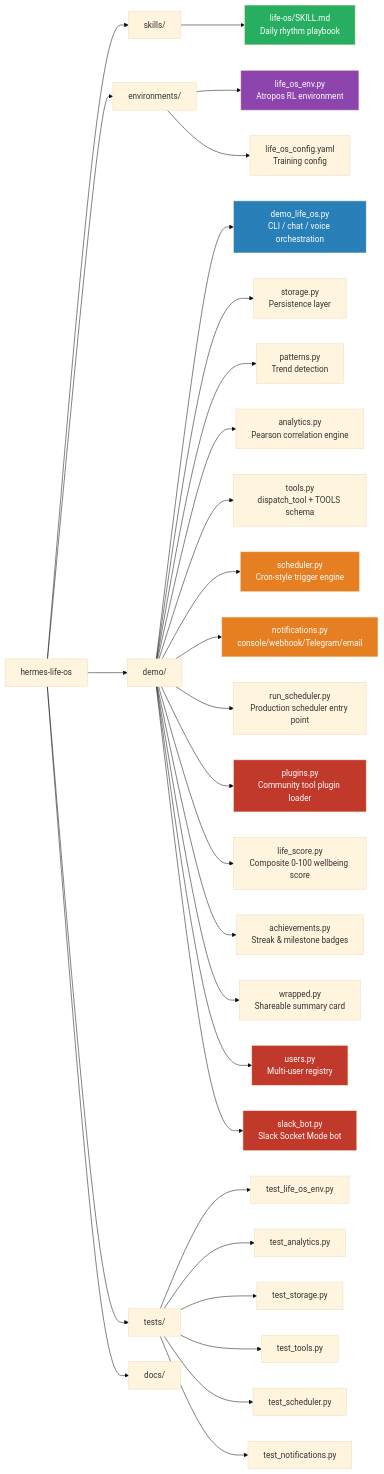
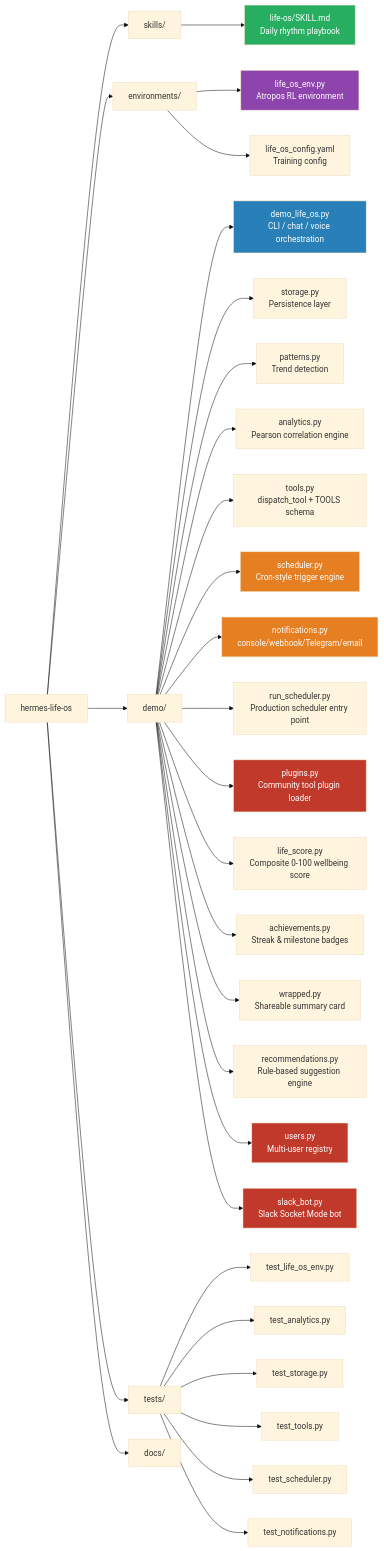
Before and after one commit to Lethe044/hermes-life-os: the third of 3 diagrams in README.md, drawn with Mermaid (base theme). The commit also changed other lines of this file and 10 other files, not shown here.

````diff
--- a/README.md
+++ b/README.md
@@ -303,41 +305,42 @@
 ```mermaid
 graph LR
     A[hermes-life-os] --> B[skills/]
     A --> C[environments/]
     A --> D[demo/]
     A --> E[tests/]
     A --> F[docs/]
 
     B --> B1[life-os/SKILL.md<br/>Daily rhythm playbook]
     C --> C1[life_os_env.py<br/>Atropos RL environment]
     C --> C2[life_os_config.yaml<br/>Training config]
     D --> D1[demo_life_os.py<br/>CLI / chat / voice orchestration]
     D --> D2[storage.py<br/>Persistence layer]
     D --> D3[patterns.py<br/>Trend detection]
     D --> D4[analytics.py<br/>Pearson correlation engine]
     D --> D5[tools.py<br/>dispatch_tool + TOOLS schema]
     D --> D6[scheduler.py<br/>Cron-style trigger engine]
     D --> D7[notifications.py<br/>console/webhook/Telegram/email]
     D --> D8[run_scheduler.py<br/>Production scheduler entry point]
     D --> D9[plugins.py<br/>Community tool plugin loader]
     D --> D12[life_score.py<br/>Composite 0-100 wellbeing score]
     D --> D13[achievements.py<br/>Streak &amp; milestone badges]
     D --> D14[wrapped.py<br/>Shareable summary card]
+    D --> D15[recommendations.py<br/>Rule-based suggestion engine]
     D --> D10[users.py<br/>Multi-user registry]
     D --> D11[slack_bot.py<br/>Slack Socket Mode bot]
     E --> E1[test_life_os_env.py]
     E --> E2[test_analytics.py]
     E --> E3[test_storage.py]
     E --> E4[test_tools.py]
     E --> E5[test_scheduler.py]
     E --> E6[test_notifications.py]
 
     style B1 fill:#27ae60,color:#fff
     style C1 fill:#8e44ad,color:#fff
     style D1 fill:#2980b9,color:#fff
     style D6 fill:#e67e22,color:#fff
     style D7 fill:#e67e22,color:#fff
     style D9 fill:#c0392b,color:#fff
     style D10 fill:#c0392b,color:#fff
     style D11 fill:#c0392b,color:#fff
 ```
````
